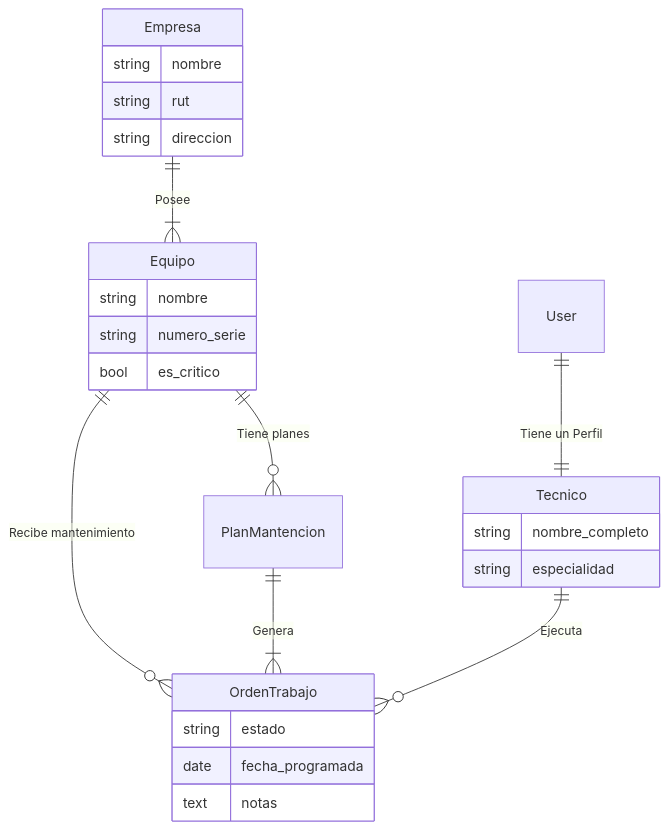
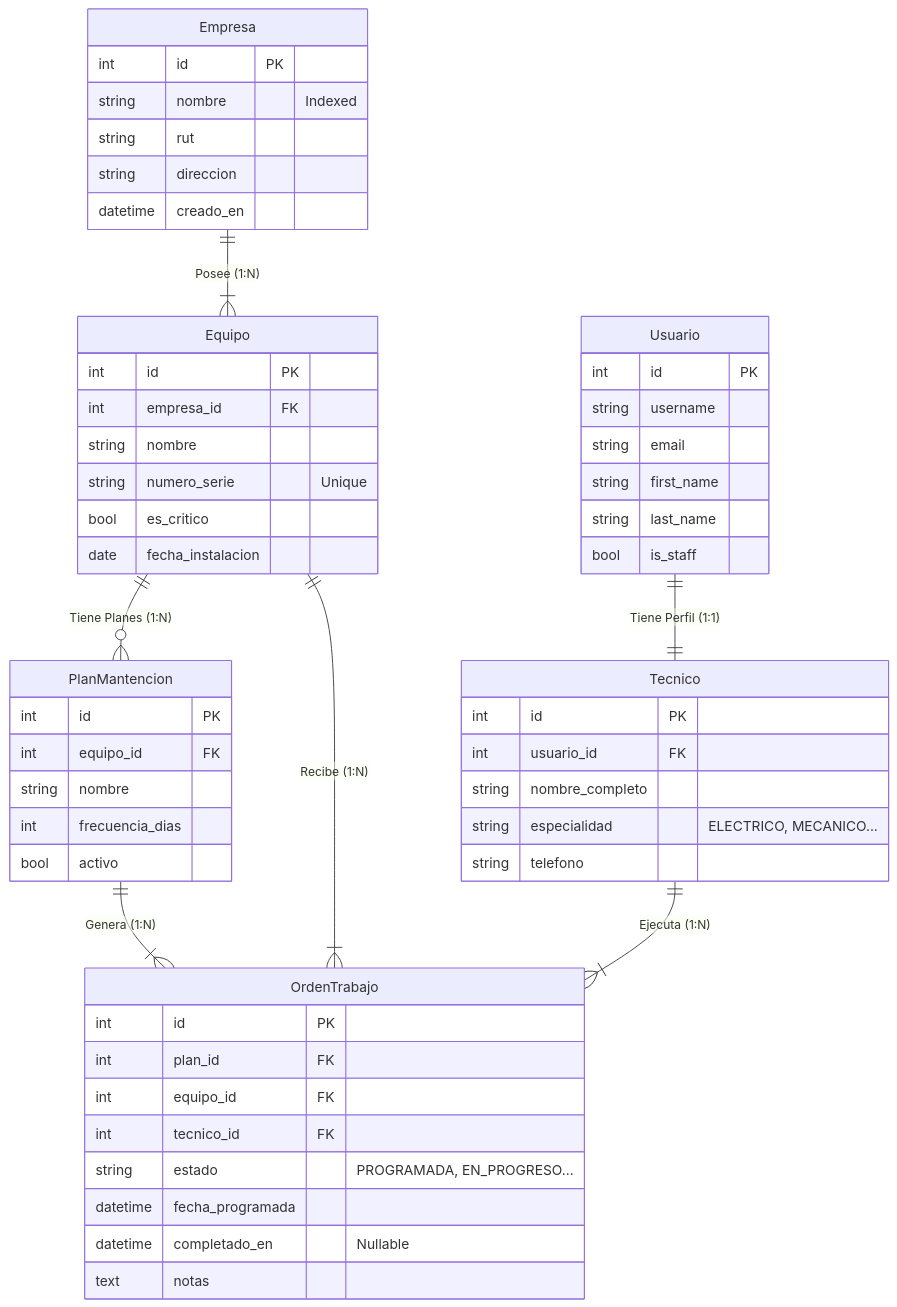
Before and after one commit to ColDev-Colivoro/backend-final: the diagram in README.md, drawn with Mermaid.

Commit message:
docs: mejorar diagrama entidad relacion con atributos y tipos detallados

````diff
--- a/README.md
+++ b/README.md
@@ -49,29 +49,62 @@
 ```mermaid
 erDiagram
-    User ||--|| Tecnico : "Tiene un Perfil"
-    Empresa ||--|{ Equipo : "Posee"
-    Equipo ||--o{ PlanMantencion : "Tiene planes"
-    Equipo ||--o{ OrdenTrabajo : "Recibe mantenimiento"
-    PlanMantencion ||--|{ OrdenTrabajo : "Genera"
-    Tecnico ||--o{ OrdenTrabajo : "Ejecuta"
+    Usuario ||--|| Tecnico : "Tiene Perfil (1:1)"
+    Empresa ||--|{ Equipo : "Posee (1:N)"
+    Equipo ||--o{ PlanMantencion : "Tiene Planes (1:N)"
+    PlanMantencion ||--|{ OrdenTrabajo : "Genera (1:N)"
+    Equipo ||--|{ OrdenTrabajo : "Recibe (1:N)"
+    Tecnico ||--|{ OrdenTrabajo : "Ejecuta (1:N)"
+
+    Usuario {
+        int id PK
+        string username
+        string email
+        string first_name
+        string last_name
+        bool is_staff
+    }
+
+    Tecnico {
+        int id PK
+        int usuario_id FK
+        string nombre_completo
+        string especialidad "ELECTRICO, MECANICO..."
+        string telefono
+    }
 
     Empresa {
-        string nombre
+        int id PK
+        string nombre "Indexed"
         string rut
         string direccion
+        datetime creado_en
     }
+
     Equipo {
+        int id PK
+        int empresa_id FK
         string nombre
-        string numero_serie
+        string numero_serie "Unique"
         bool es_critico
+        date fecha_instalacion
     }
-    Tecnico {
-        string nombre_completo
-        string especialidad
+
+    PlanMantencion {
+        int id PK
+        int equipo_id FK
+        string nombre
+        int frecuencia_dias
+        bool activo
     }
+
     OrdenTrabajo {
-        string estado
-        date fecha_programada
+        int id PK
+        int plan_id FK
+        int equipo_id FK
+        int tecnico_id FK
+        string estado "PROGRAMADA, EN_PROGRESO..."
+        datetime fecha_programada
+        datetime completado_en "Nullable"
         text notas
     }
 ```
````
